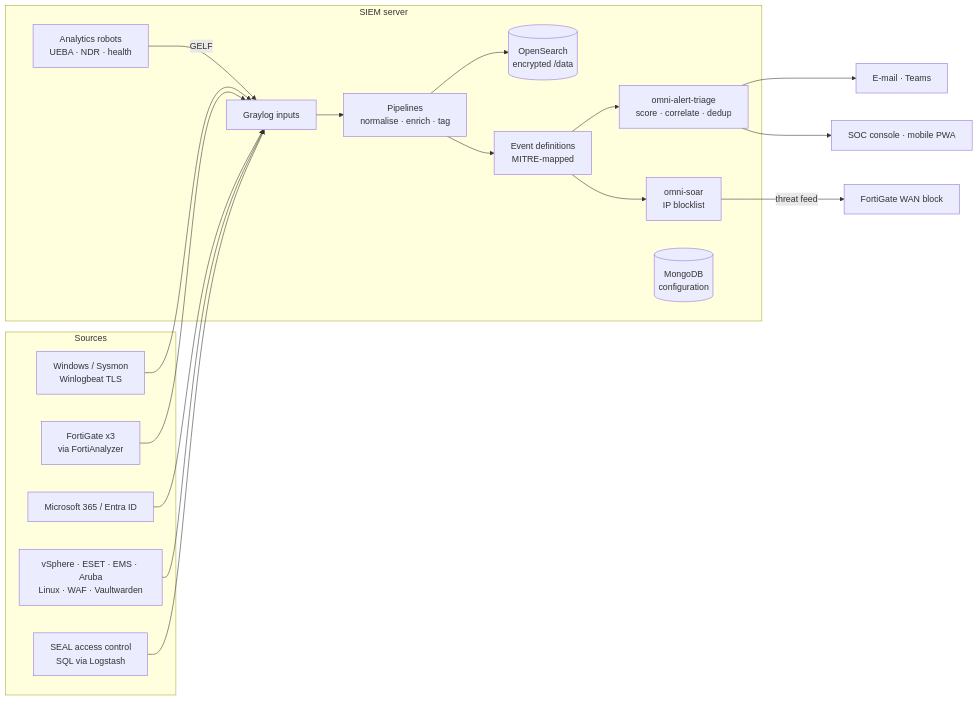
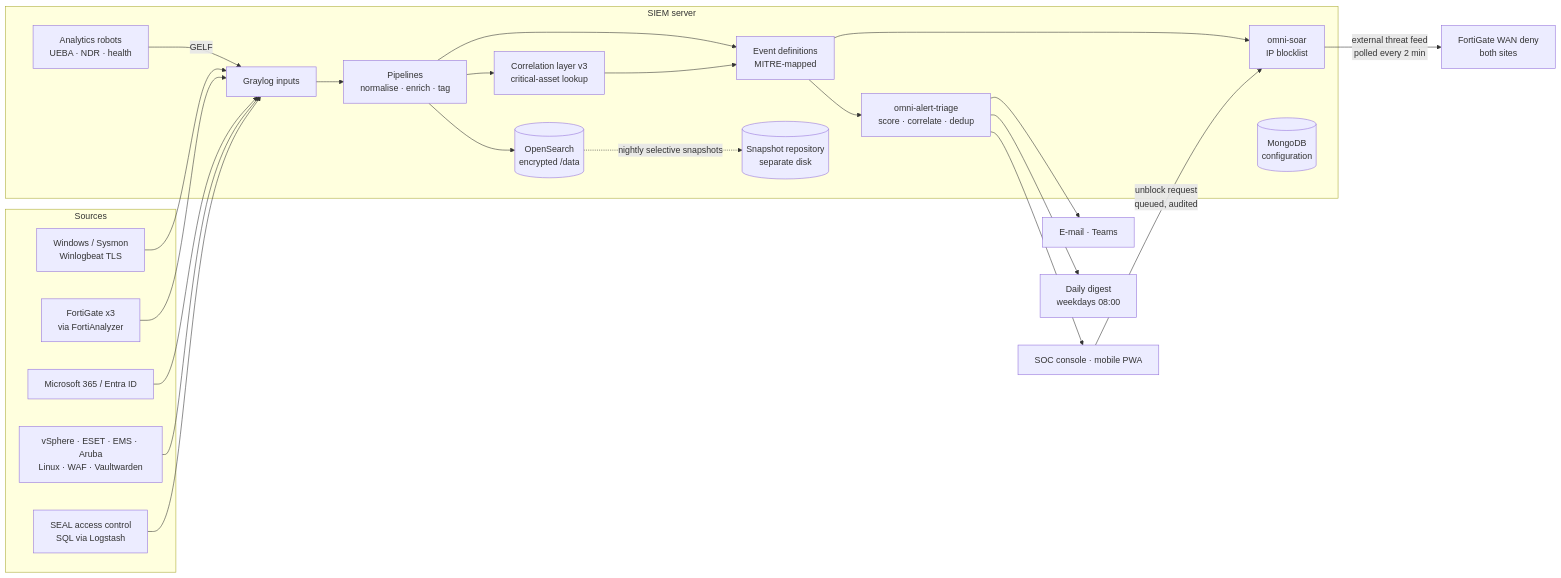
Before and after one commit to jmorin-info/omnitech-siem-setup: the diagram in README.md, drawn with Mermaid. The commit also changed other lines of this file and 66 other files, not shown here.

````diff
--- a/README.md
+++ b/README.md
@@ -87,27 +87,32 @@
 ```mermaid
 flowchart LR
   subgraph Sources
     WIN[Windows / Sysmon<br/>Winlogbeat TLS]
     FGT[FortiGate x3<br/>via FortiAnalyzer]
     M365[Microsoft 365 / Entra ID]
     OTH[vSphere · ESET · EMS · Aruba<br/>Linux · WAF · Vaultwarden]
     SEAL[SEAL access control<br/>SQL via Logstash]
   end
   subgraph SIEM[SIEM server]
     IN[Graylog inputs] --> PIPE[Pipelines<br/>normalise · enrich · tag]
+    PIPE --> V3[Correlation layer v3<br/>critical-asset lookup]
     PIPE --> OS[(OpenSearch<br/>encrypted /data)]
     PIPE --> DEF[Event definitions<br/>MITRE-mapped]
+    V3 --> DEF
+    OS -.->|nightly selective snapshots| SNAP[(Snapshot repository<br/>separate disk)]
     ROB[Analytics robots<br/>UEBA · NDR · health] -->|GELF| IN
     DEF --> TRI[omni-alert-triage<br/>score · correlate · dedup]
     DEF --> SOAR[omni-soar<br/>IP blocklist]
     MDB[(MongoDB<br/>configuration)]
   end
   WIN --> IN
   FGT --> IN
   M365 --> IN
   OTH --> IN
   SEAL --> IN
   TRI --> MAIL[E-mail · Teams]
   TRI --> CON[SOC console · mobile PWA]
-  SOAR -->|threat feed| FW[FortiGate WAN block]
+  TRI --> DIG[Daily digest<br/>weekdays 08:00]
+  SOAR -->|external threat feed<br/>polled every 2 min| FW[FortiGate WAN deny<br/>both sites]
+  CON -->|unblock request<br/>queued, audited| SOAR
 ```
````
